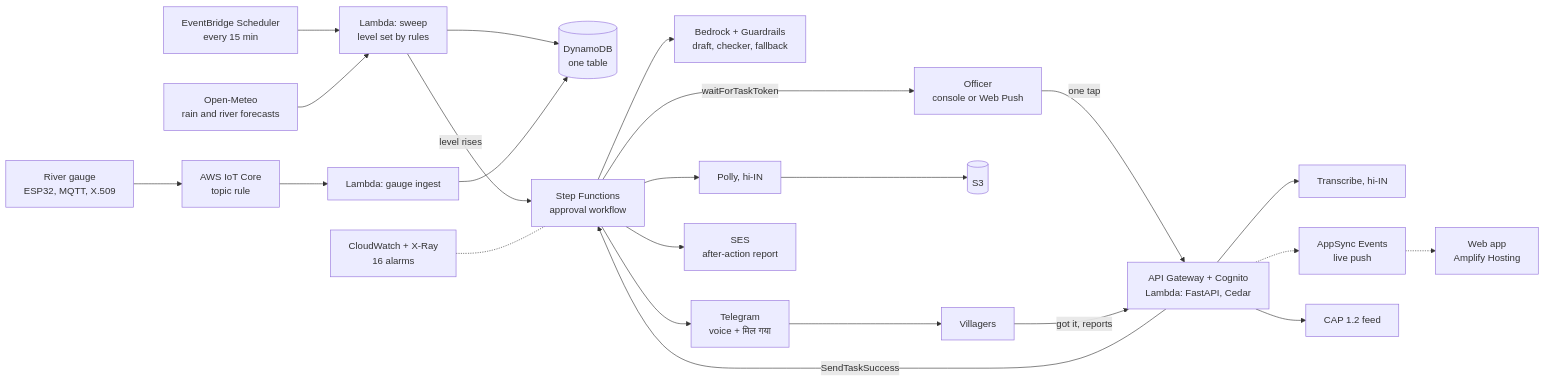
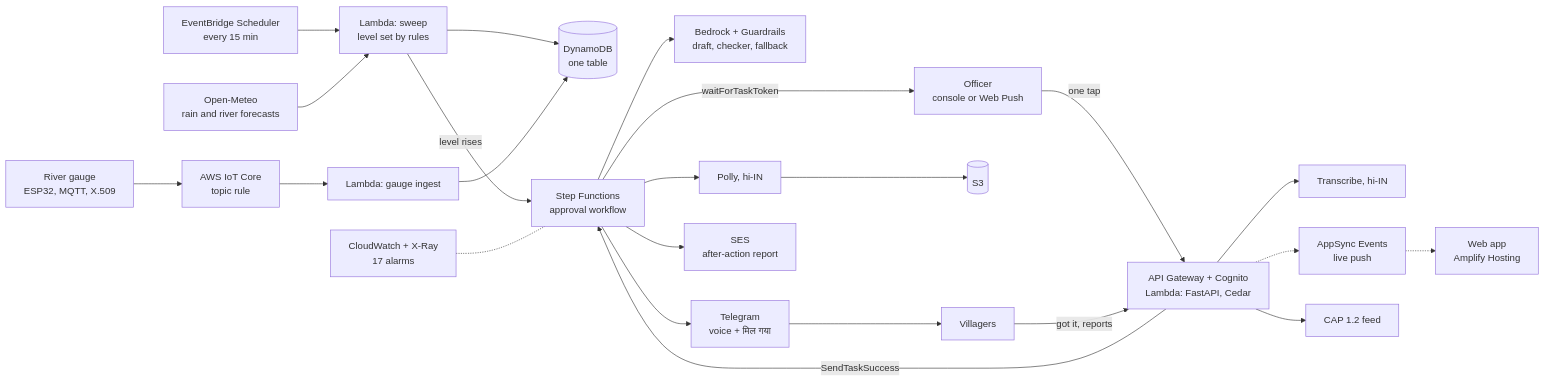
One commit to Prashant-thakur77/pukaar changed the diagram in README.md. Above: the diagram before and after it, drawn with Mermaid. The commit also changed other lines of this file and 32 other files, not shown here.

````diff
--- a/README.md
+++ b/README.md
@@ -242,21 +242,21 @@
 ```mermaid
 flowchart LR
   EB["EventBridge Scheduler<br/>every 15 min"] --> SW["Lambda: sweep<br/>level set by rules"]
   OM["Open-Meteo<br/>rain and river forecasts"] --> SW
   GA["River gauge<br/>ESP32, MQTT, X.509"] --> IOT["AWS IoT Core<br/>topic rule"] --> GI["Lambda: gauge ingest"]
   SW --> DB[("DynamoDB<br/>one table")]
   GI --> DB
   SW -- "level rises" --> SF["Step Functions<br/>approval workflow"]
   SF --> BR["Bedrock + Guardrails<br/>draft, checker, fallback"]
   SF -- "waitForTaskToken" --> OF["Officer<br/>console or Web Push"]
   OF -- "one tap" --> API["API Gateway + Cognito<br/>Lambda: FastAPI, Cedar"]
   API -- "SendTaskSuccess" --> SF
   SF --> PO["Polly, hi-IN"] --> S3[("S3")]
   SF --> TG["Telegram<br/>voice + मिल गया"] --> VI["Villagers"]
   VI -- "got it, reports" --> API
   API --> TR["Transcribe, hi-IN"]
   API -.-> AS["AppSync Events<br/>live push"] -.-> WEB["Web app<br/>Amplify Hosting"]
   API --> CAP["CAP 1.2 feed"]
   SF --> SES["SES<br/>after-action report"]
-  CW["CloudWatch + X-Ray<br/>16 alarms"] -.- SF
+  CW["CloudWatch + X-Ray<br/>17 alarms"] -.- SF
 ```
````
